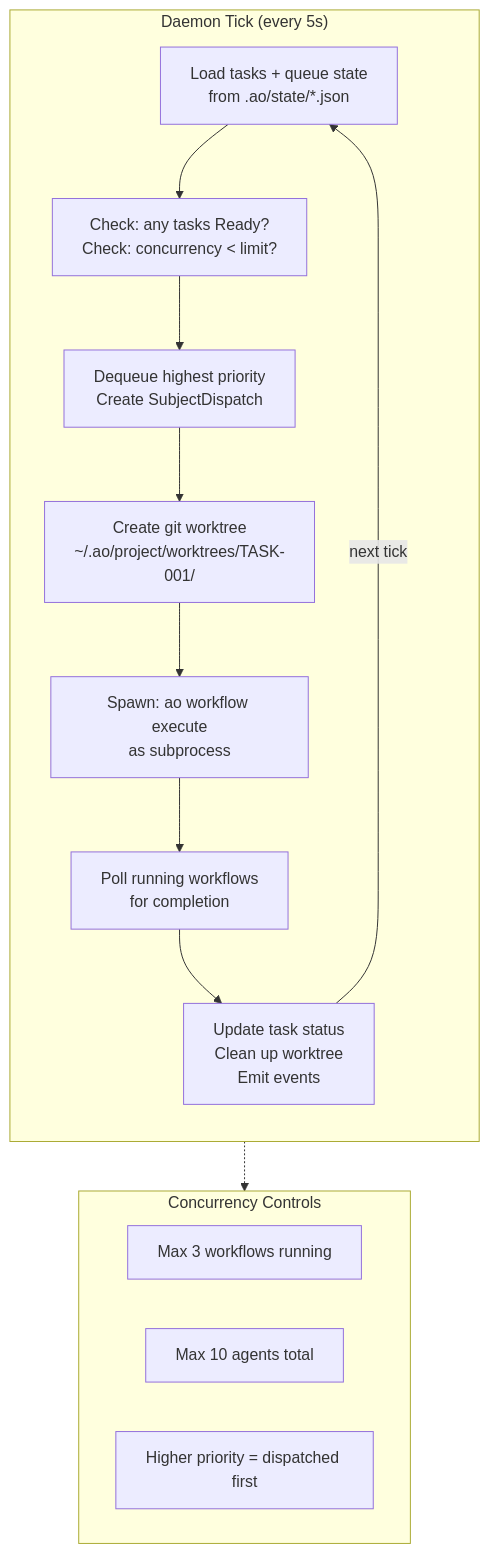
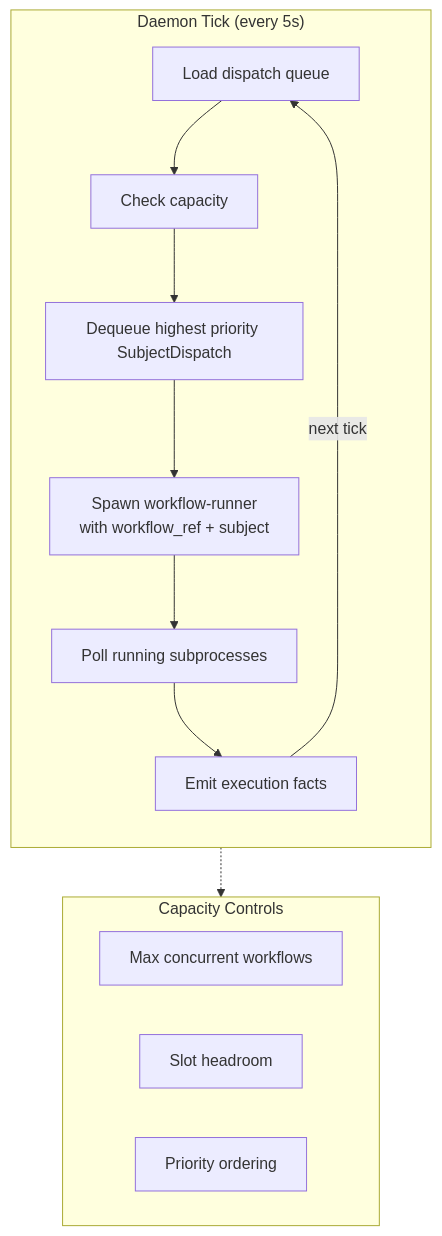
The eighth of 12 diagrams in docs/how-ao-works.md (launchapp-dev/ao-cli), drawn with Mermaid before and after one commit. The commit also changed other lines of this file and 1 other file, not shown here.

First line of the commit message:
docs: define workflow-first CLI target architecture

````diff
--- a/docs/how-ao-works.md
+++ b/docs/how-ao-works.md
@@ -121,24 +333,23 @@
 ```mermaid
 flowchart TB
     subgraph TICK["Daemon Tick (every 5s)"]
         direction TB
-        load["Load tasks + queue state<br/>from .ao/state/*.json"]
-        check["Check: any tasks Ready?<br/>Check: concurrency < limit?"]
-        dispatch["Dequeue highest priority<br/>Create SubjectDispatch"]
-        worktree["Create git worktree<br/>~/.ao/project/worktrees/TASK-001/"]
-        run["Spawn: ao workflow execute<br/>as subprocess"]
-        poll["Poll running workflows<br/>for completion"]
-        update["Update task status<br/>Clean up worktree<br/>Emit events"]
+        load["Load dispatch queue"]
+        check["Check capacity"]
+        dequeue["Dequeue highest priority SubjectDispatch"]
+        spawn["Spawn workflow-runner<br/>with workflow_ref + subject"]
+        poll["Poll running subprocesses"]
+        emit["Emit execution facts"]
     end
 
-    load --> check --> dispatch --> worktree --> run --> poll --> update
-    update -->|next tick| load
+    load --> check --> dequeue --> spawn --> poll --> emit
+    emit -->|next tick| load
 
-    subgraph LIMITS["Concurrency Controls"]
-        max_wf["Max 3 workflows running"]
-        max_agents["Max 10 agents total"]
-        priority["Higher priority = dispatched first"]
+    subgraph LIMITS["Capacity Controls"]
+        slots["Max concurrent workflows"]
+        headroom["Slot headroom"]
+        priority["Priority ordering"]
     end
 
     check -.-> LIMITS
 ```
````
